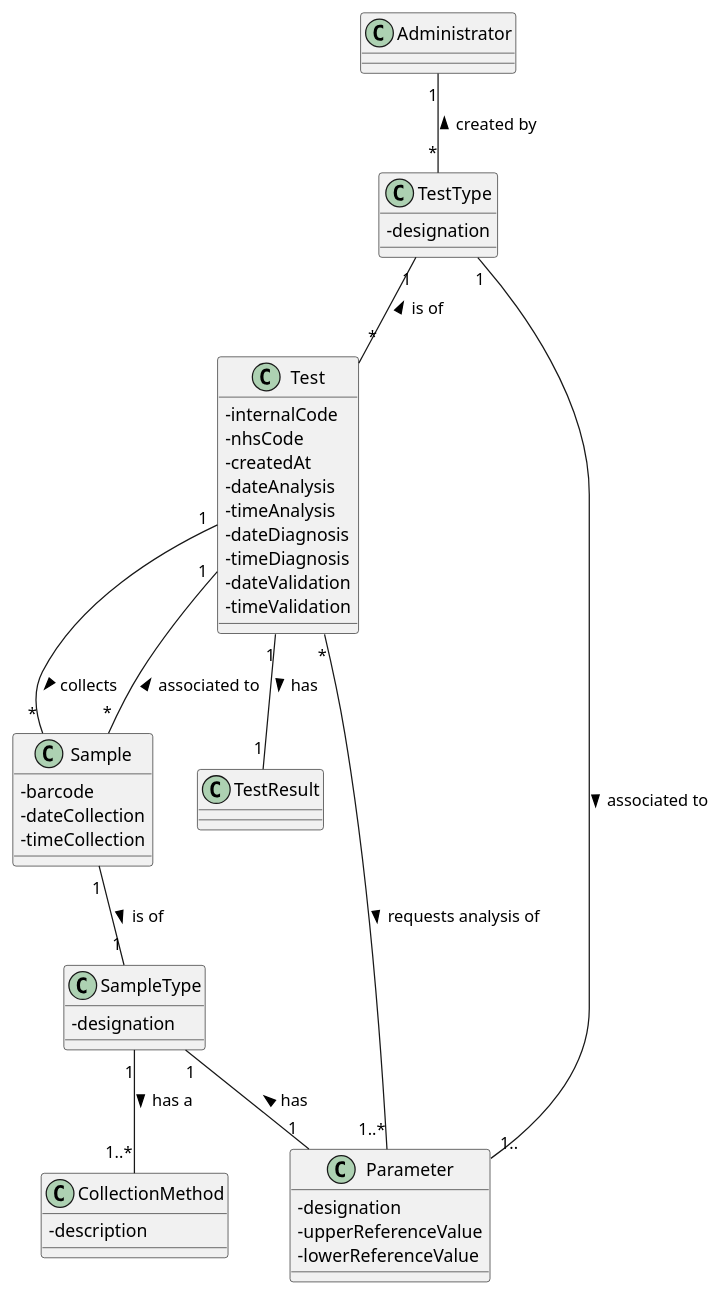
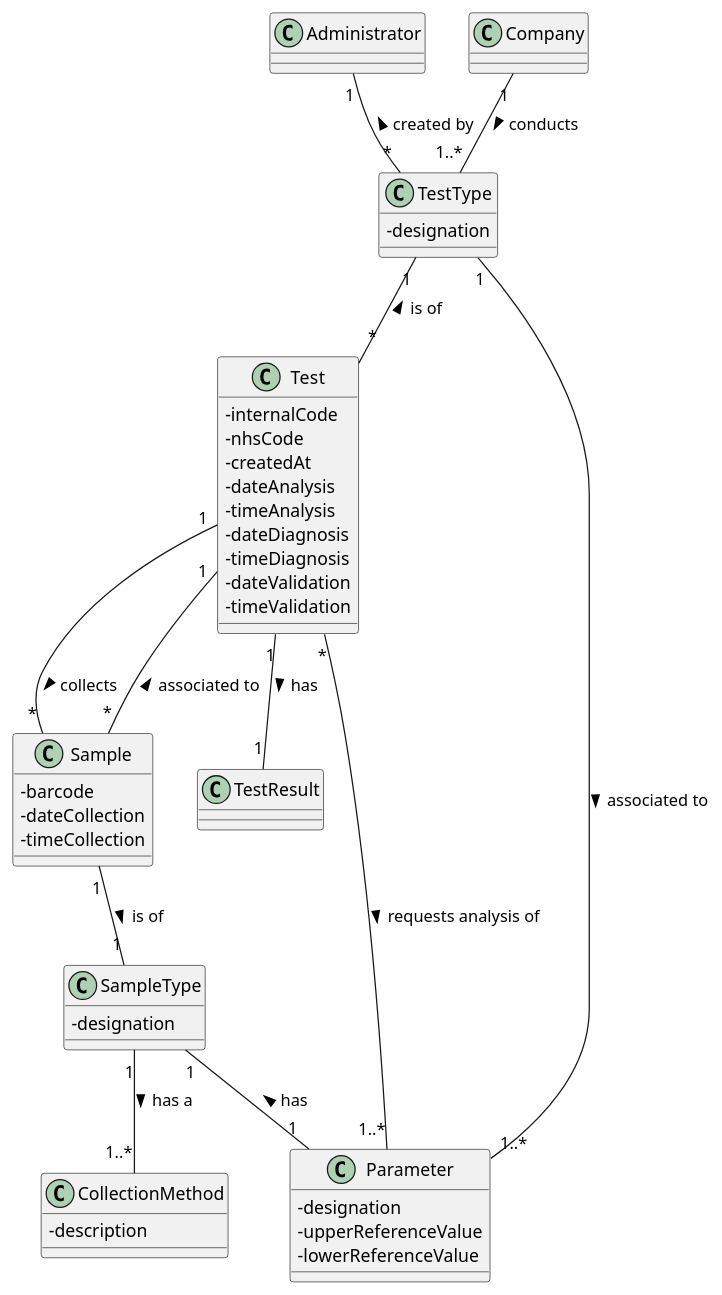
The diagram in docs/SprintB/US9/US9_DM.puml (MadDinosaur/ISEP-LAPR2), drawn with PlantUML before and after one commit.

Commit message:
Small fixes on the domain model.

```diff
--- a/docs/SprintB/US9/US9_DM.puml
+++ b/docs/SprintB/US9/US9_DM.puml
@@ -1,48 +1,49 @@
 @startuml
 skinparam classAttributeIconSize 0
 
 class Administrator
 class CollectionMethod {
 -description
 }
 
 class Test {
 -internalCode
 -nhsCode
 -createdAt
 -dateAnalysis
 -timeAnalysis
 -dateDiagnosis
 -timeDiagnosis
 -dateValidation
 -timeValidation
 }
 class TestResult
 class TestType {
 -designation
 }
 class Sample {
 -barcode
 -dateCollection
 -timeCollection
 }
 class SampleType {
 -designation
 }
 class Parameter {
 -designation
 -upperReferenceValue
 -lowerReferenceValue
 }
 
 Sample "*"--"1" Test : associated to >
 SampleType "1"-up-"1" Sample  : is of <
 Test "*"-down-"1..*" Parameter : requests analysis of >
 Test "*"-up-"1" TestType : is of >
 Test "1"-down-"*" Sample : collects >
 TestType "*"-up-"1" Administrator : created by >
 SampleType "1"--"1..*" CollectionMethod : has a >
-Parameter "1.."-up-"1" TestType  : associated to <
+Parameter "1..*"-up-"1" TestType  : associated to <
 SampleType "1"-down-"1" Parameter : has <
 Test "1"-down-"1" TestResult : has >
+Company "1"-down-"1..*" TestType : conducts >
 @enduml
```
